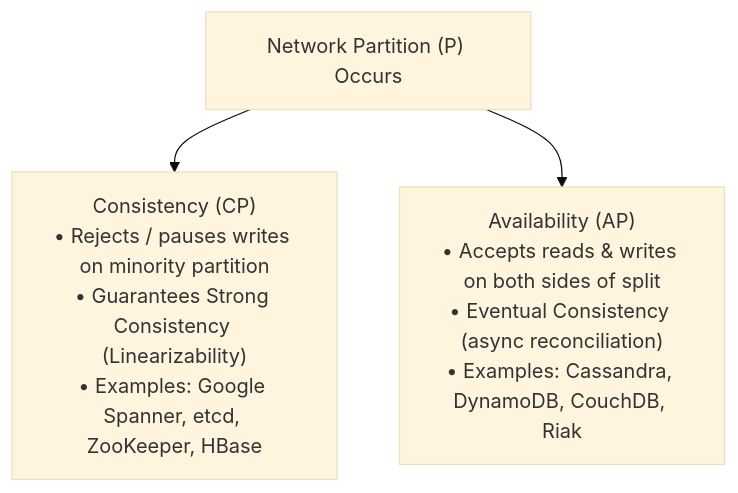
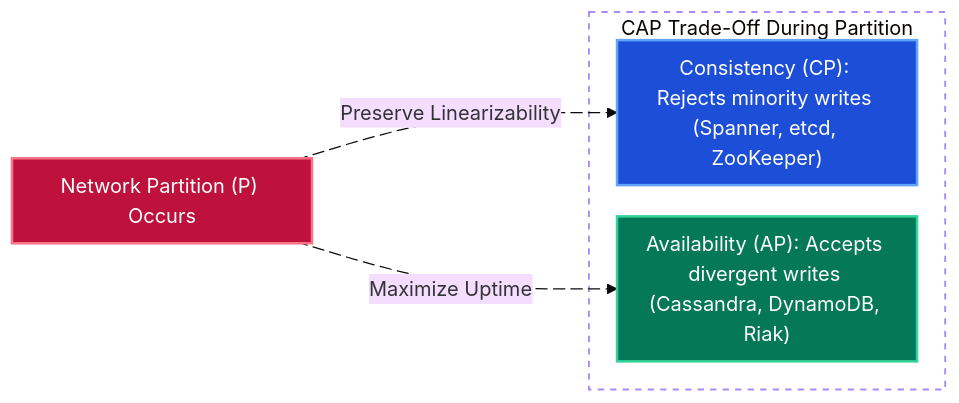
One commit to tarunbatta/tech-interview-prep changed the diagram in system-design/system-design.md. Above: the diagram before and after it, drawn with Mermaid (base theme). The commit also changed 30 other files, not shown here.

First line of the commit message:
docs(system-design): convert Mermaid flowcharts to LR with colors and animated edges

````diff
--- a/system-design/system-design.md
+++ b/system-design/system-design.md
@@ -67,5 +67,24 @@
 ```mermaid
-flowchart TD
-    P["Network Partition (P) Occurs"] --> CP["Consistency (CP)<br/>• Rejects / pauses writes on minority partition<br/>• Guarantees Strong Consistency (Linearizability)<br/>• Examples: Google Spanner, etcd, ZooKeeper, HBase"]
-    P --> AP["Availability (AP)<br/>• Accepts reads & writes on both sides of split<br/>• Eventual Consistency (async reconciliation)<br/>• Examples: Cassandra, DynamoDB, CouchDB, Riak"]
+%%{init: {'flowchart': {'nodeSpacing': 25, 'rankSpacing': 45, 'padding': 10}}}%%
+flowchart LR
+    P["Network Partition (P) Occurs"]
+    subgraph Choices["CAP Trade-Off During Partition"]
+        CP["Consistency (CP): Rejects minority writes (Spanner, etcd, ZooKeeper)"]
+        AP["Availability (AP): Accepts divergent writes (Cassandra, DynamoDB, Riak)"]
+    end
+    P e1@-->|"Preserve Linearizability"| CP
+    P e2@-->|"Maximize Uptime"| AP
+
+    e1@{ animate: true }
+    e2@{ animate: true }
+
+    classDef partition fill:#be123c,stroke:#fb7185,stroke-width:2px,color:#ffffff
+    classDef cp fill:#1d4ed8,stroke:#60a5fa,stroke-width:2px,color:#ffffff
+    classDef ap fill:#047857,stroke:#34d399,stroke-width:2px,color:#ffffff
+
+    class P partition
+    class CP cp
+    class AP ap
+
+    style Choices fill:transparent,stroke:#a78bfa,stroke-width:1.5px,stroke-dasharray: 5 5
 ```
````
